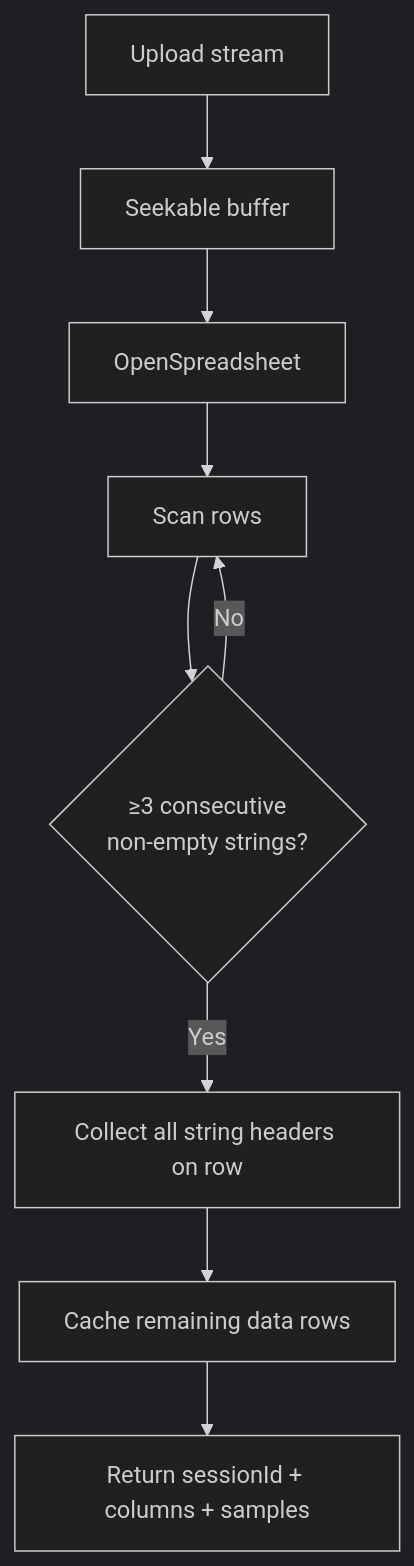
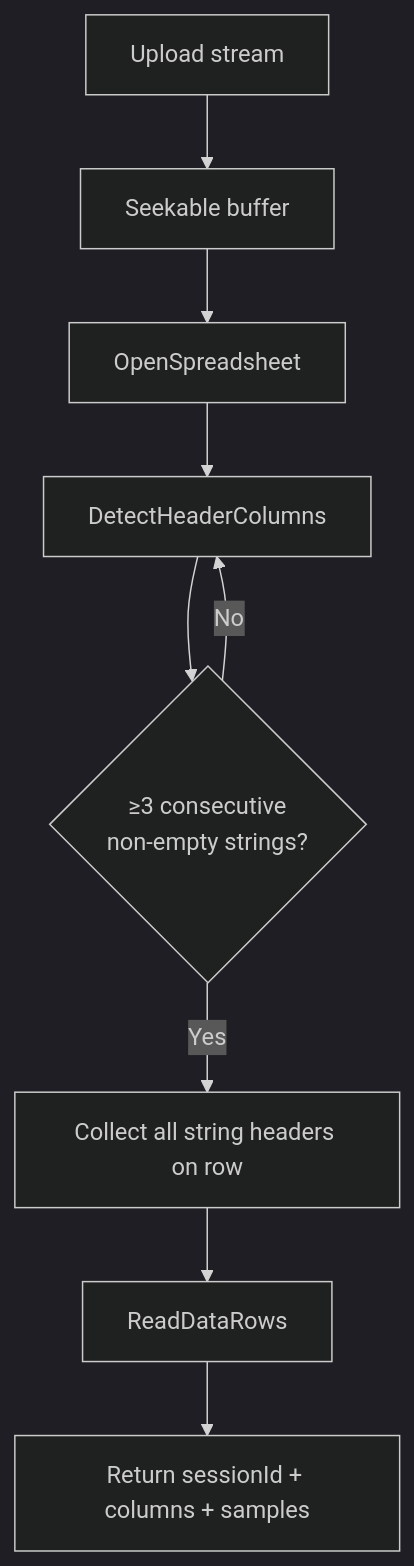
Before and after one commit to NotThaDev/KeepItSimple: the first of 3 diagrams in backend/KeepItSimple.Api/TransactionImportUtil.md, drawn with Mermaid (dark theme). The commit also changed other lines of this file and 2 other files, not shown here.

````diff
--- a/backend/KeepItSimple.Api/TransactionImportUtil.md
+++ b/backend/KeepItSimple.Api/TransactionImportUtil.md
@@ -58,11 +61,11 @@
 ```mermaid
 flowchart TD
   A[Upload stream] --> B[Seekable buffer]
   B --> E[OpenSpreadsheet]
-  E --> F[Scan rows]
+  E --> F[DetectHeaderColumns]
   F --> G{≥3 consecutive<br/>non-empty strings?}
   G -- No --> F
   G -- Yes --> H[Collect all string headers on row]
-  H --> I[Cache remaining data rows]
+  H --> I[ReadDataRows]
   I --> J[Return sessionId + columns + samples]
 ```
````
